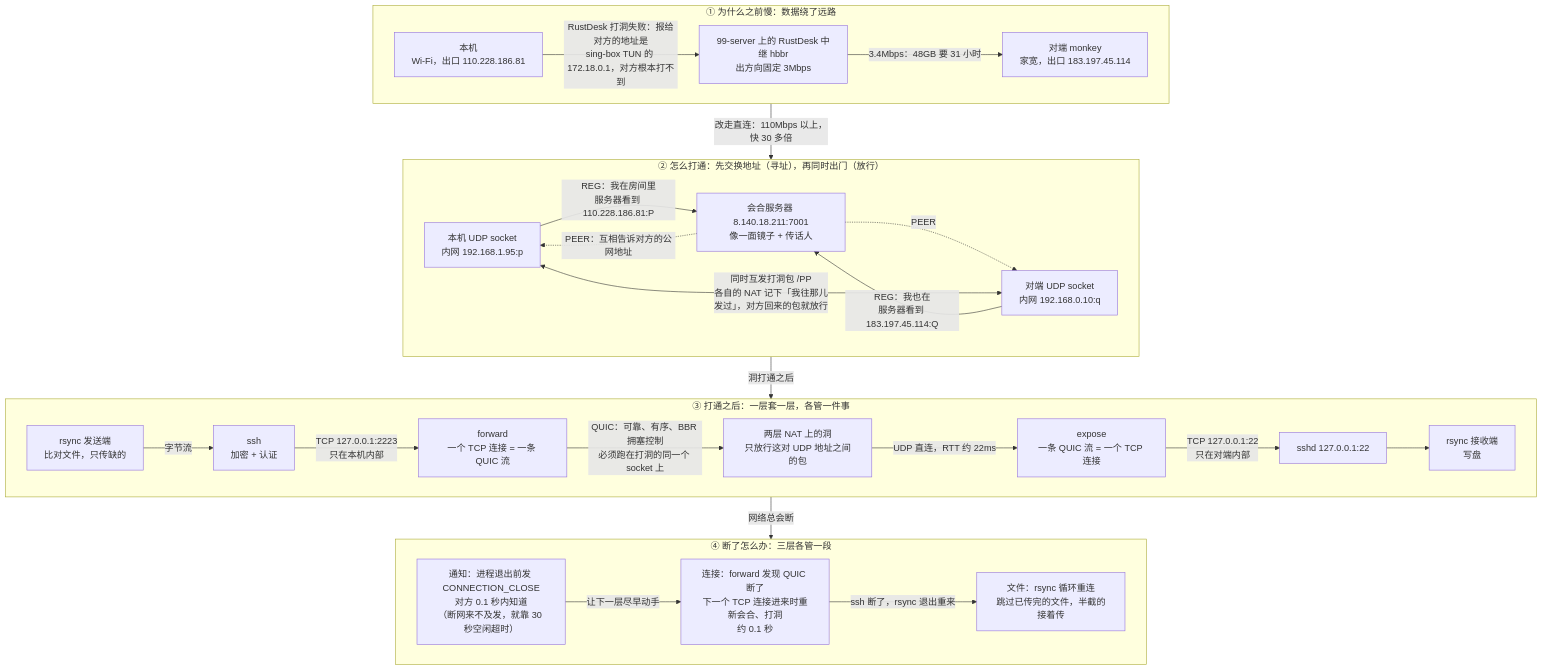
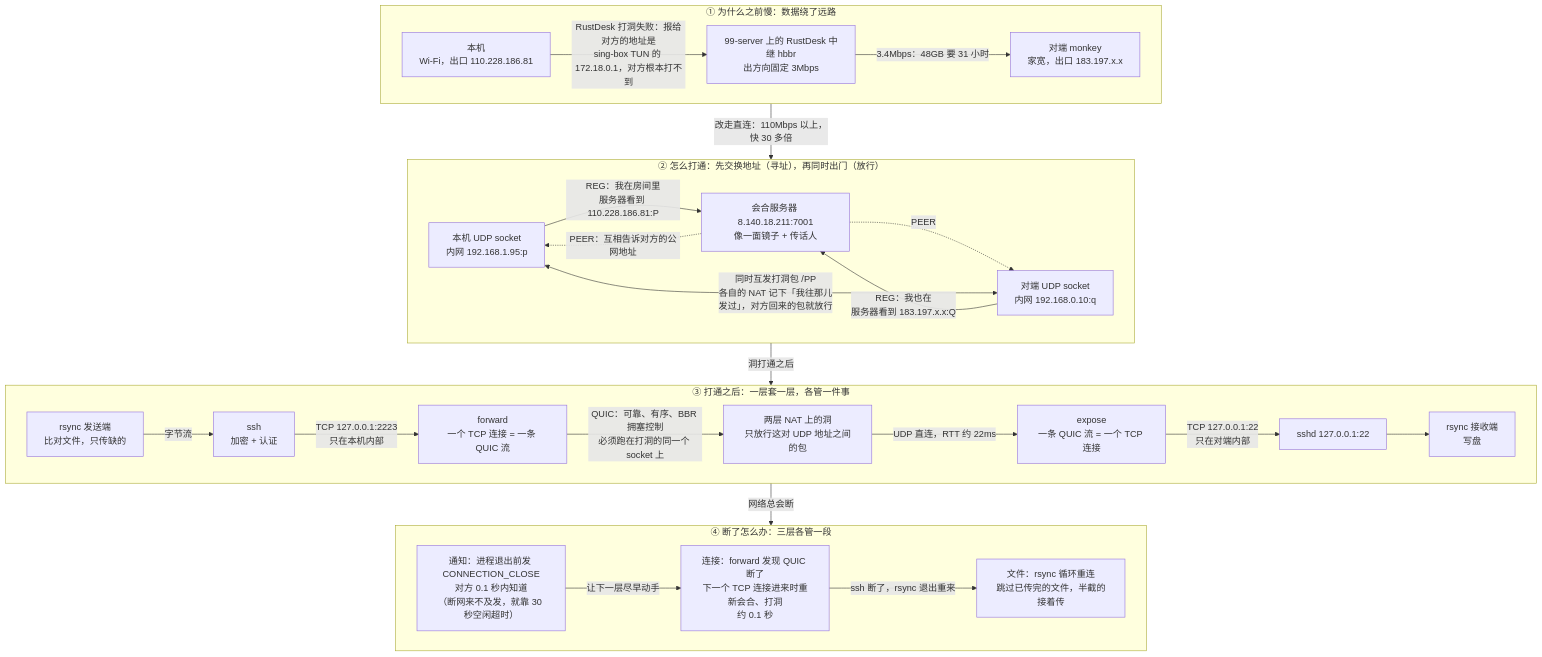
Before and after one commit to numb747/uu-remote-study: the diagram in docs/10-打洞隧道原理图.mmd, drawn with Mermaid. The commit also changed 7 other files, not shown here.

```diff
--- a/docs/10-打洞隧道原理图.mmd
+++ b/docs/10-打洞隧道原理图.mmd
@@ -1,51 +1,51 @@
 flowchart TB
   subgraph q1["① 为什么之前慢：数据绕了远路"]
     direction LR
     a_pc["本机<br/>Wi-Fi，出口 110.228.186.81"]
     a_relay["99-server 上的 RustDesk 中继 hbbr<br/>出方向固定 3Mbps"]
-    a_peer["对端 monkey<br/>家宽，出口 183.197.45.114"]
+    a_peer["对端 monkey<br/>家宽，出口 183.197.x.x"]
     a_pc -->|"RustDesk 打洞失败：报给对方的地址是<br/>sing-box TUN 的 172.18.0.1，对方根本打不到"| a_relay
     a_relay -->|"3.4Mbps：48GB 要 31 小时"| a_peer
   end
 
   subgraph q2["② 怎么打通：先交换地址（寻址），再同时出门（放行）"]
     direction LR
     b_pc["本机 UDP socket<br/>内网 192.168.1.95:p"]
     b_rdv["会合服务器 8.140.18.211:7001<br/>像一面镜子 + 传话人"]
     b_peer["对端 UDP socket<br/>内网 192.168.0.10:q"]
     b_pc -->|"REG：我在房间里<br/>服务器看到 110.228.186.81:P"| b_rdv
-    b_peer -->|"REG：我也在<br/>服务器看到 183.197.45.114:Q"| b_rdv
+    b_peer -->|"REG：我也在<br/>服务器看到 183.197.x.x:Q"| b_rdv
     b_rdv -.->|"PEER：互相告诉对方的公网地址"| b_pc
     b_rdv -.->|PEER| b_peer
     b_pc <-->|"同时互发打洞包 /PP<br/>各自的 NAT 记下「我往那儿发过」，对方回来的包就放行"| b_peer
   end
 
   subgraph q3["③ 打通之后：一层套一层，各管一件事"]
     direction LR
     c_rsync["rsync 发送端<br/>比对文件，只传缺的"]
     c_ssh["ssh<br/>加密 + 认证"]
     c_fwd["forward<br/>一个 TCP 连接 = 一条 QUIC 流"]
     c_hole["两层 NAT 上的洞<br/>只放行这对 UDP 地址之间的包"]
     c_exp["expose<br/>一条 QUIC 流 = 一个 TCP 连接"]
     c_sshd["sshd 127.0.0.1:22"]
     c_rsync2["rsync 接收端<br/>写盘"]
     c_rsync -->|"字节流"| c_ssh
     c_ssh -->|"TCP 127.0.0.1:2223<br/>只在本机内部"| c_fwd
     c_fwd -->|"QUIC：可靠、有序、BBR 拥塞控制<br/>必须跑在打洞的同一个 socket 上"| c_hole
     c_hole -->|"UDP 直连，RTT 约 22ms"| c_exp
     c_exp -->|"TCP 127.0.0.1:22<br/>只在对端内部"| c_sshd
     c_sshd --> c_rsync2
   end
 
   subgraph q4["④ 断了怎么办：三层各管一段"]
     direction LR
     d_notify["通知：进程退出前发 CONNECTION_CLOSE<br/>对方 0.1 秒内知道<br/>（断网来不及发，就靠 30 秒空闲超时）"]
     d_conn["连接：forward 发现 QUIC 断了<br/>下一个 TCP 连接进来时重新会合、打洞<br/>约 0.1 秒"]
     d_file["文件：rsync 循环重连<br/>跳过已传完的文件，半截的接着传"]
     d_notify -->|"让下一层尽早动手"| d_conn
     d_conn -->|"ssh 断了，rsync 退出重来"| d_file
   end
 
   q1 -->|"改走直连：110Mbps 以上，快 30 多倍"| q2
   q2 -->|"洞打通之后"| q3
   q3 -->|"网络总会断"| q4
```
